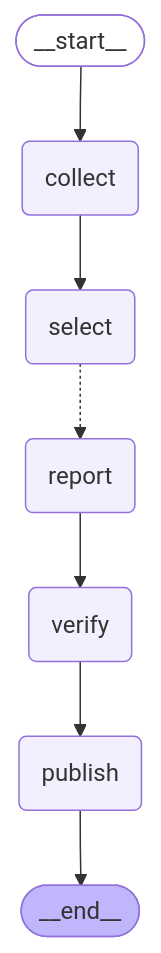
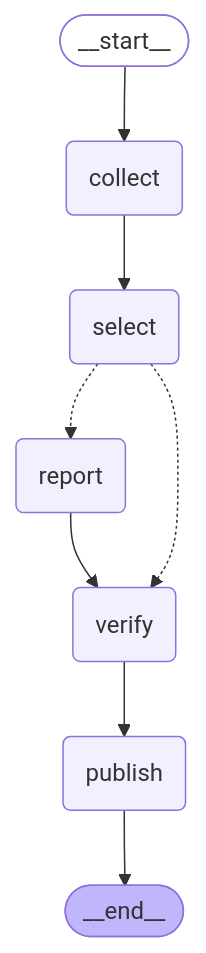
Before and after one commit to rubilisa08/newsletter_AI-agent: the diagram in WORKFLOW.md, drawn with Mermaid. The commit also changed 3 other files, not shown here.

````diff
--- a/WORKFLOW.md
+++ b/WORKFLOW.md
@@ -5,19 +5,20 @@
 ```mermaid
 graph TD;
 	__start__([<p>__start__</p>]):::first
 	collect(collect)
 	select(select)
 	report(report)
 	verify(verify)
 	publish(publish)
 	__end__([<p>__end__</p>]):::last
 	__start__ --> collect;
 	collect --> select;
 	report --> verify;
 	select -.-> report;
+	select -.-> verify;
 	verify --> publish;
 	publish --> __end__;
 	classDef default fill:#f2f0ff,line-height:1.2
 	classDef first fill-opacity:0
 	classDef last fill:#bfb6fc
 ```
````
